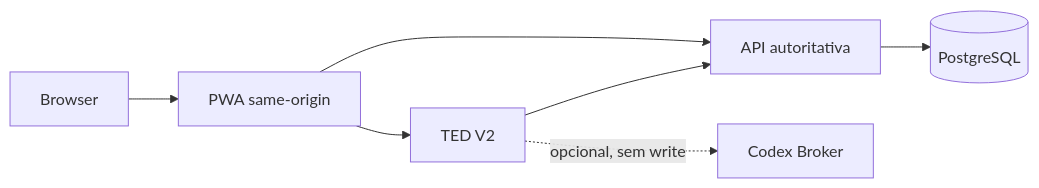
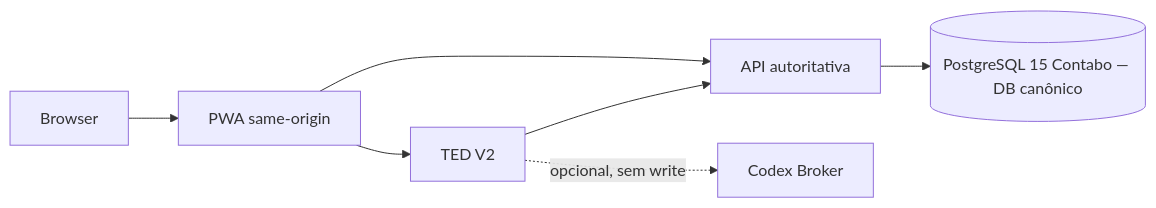
Before and after one commit to kust-projetos/meu-ted: the diagram in docs/ARCHITECTURE-TARGET.md, drawn with Mermaid. The commit also changed other lines of this file and 45 other files, not shown here.

````diff
--- a/docs/ARCHITECTURE-TARGET.md
+++ b/docs/ARCHITECTURE-TARGET.md
@@ -16,9 +16,9 @@
 ```mermaid
 graph LR
     Browser --> PWA[PWA same-origin]
     PWA --> Agent[TED V2]
     PWA --> API[API autoritativa]
     Agent --> API
-    API --> DB[(PostgreSQL)]
+    API --> DB[(PostgreSQL 15 Contabo — DB canônico)]
     Agent -. opcional, sem write .-> Broker[Codex Broker]
 ```
````
